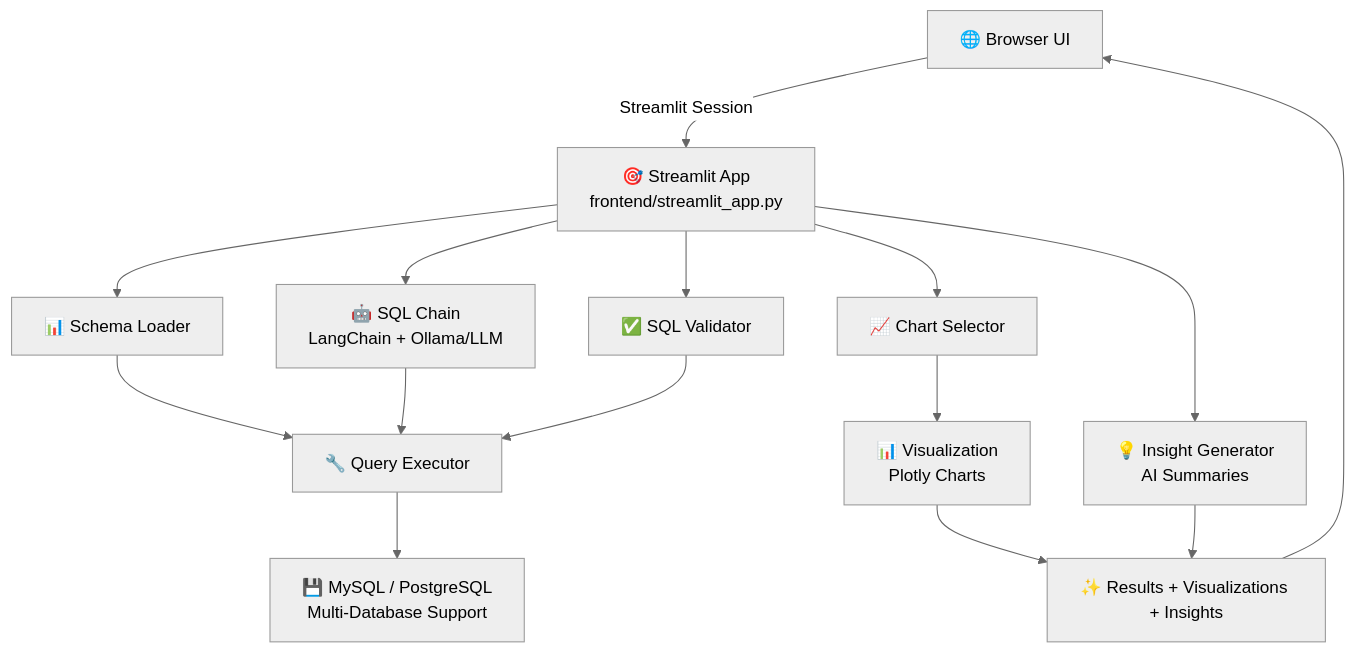
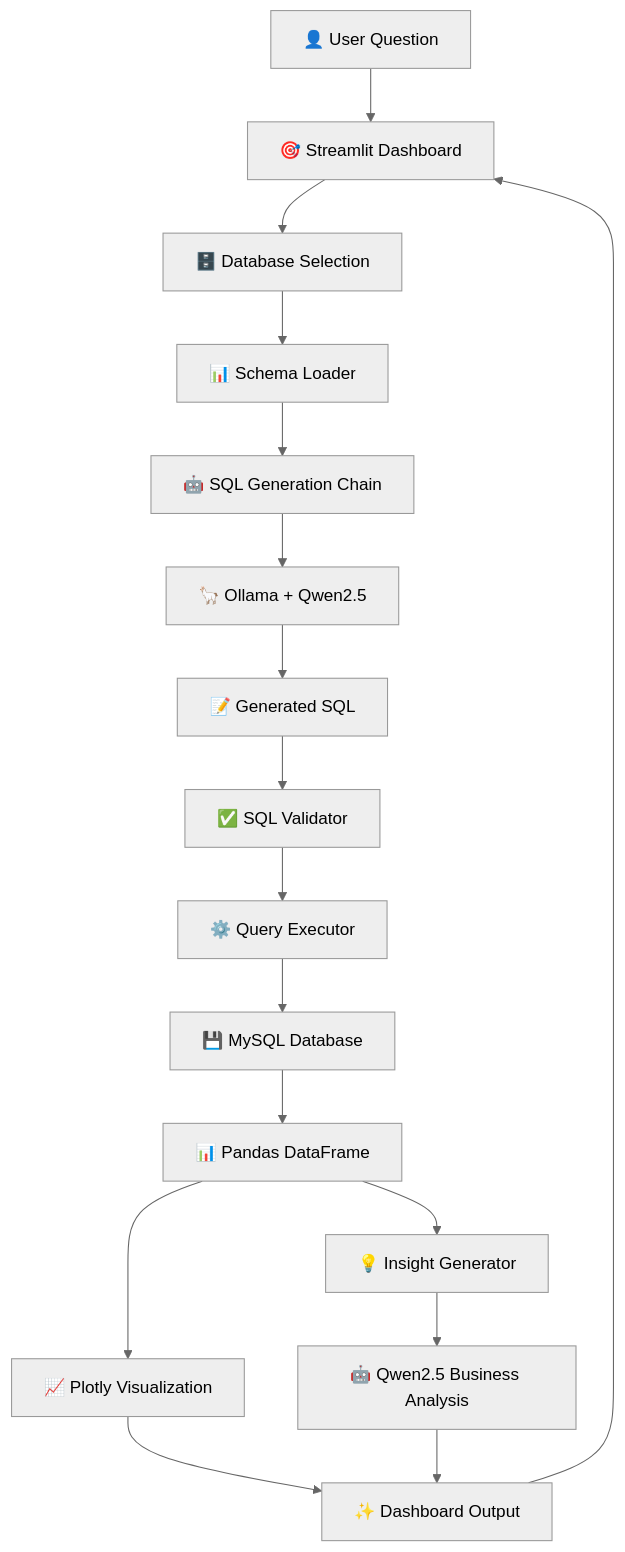
The first of 2 diagrams in README.md (kulsharma11/IntelliSQL-AI), drawn with Mermaid (neutral theme) before and after one commit. The commit also changed other lines of this file and 3 other files, not shown here.

````diff
--- a/README.md
+++ b/README.md
@@ -31,25 +43,30 @@
 ```mermaid
-graph TD
-    UI["🌐 Browser UI"]
-    
-    UI -->|Streamlit Session| STREAM["🎯 Streamlit App<br/>frontend/streamlit_app.py"]
-    
-    STREAM --> SL["📊 Schema Loader"]
-    STREAM --> SC["🤖 SQL Chain<br/>LangChain + Ollama/LLM"]
-    STREAM --> SV["✅ SQL Validator"]
-    
-    SL --> QE["🔧 Query Executor"]
-    SC --> QE
-    SV --> QE
-    
-    QE --> DATABASE["💾 MySQL / PostgreSQL<br/>Multi-Database Support"]
-    
-    STREAM --> CS["📈 Chart Selector"]
-    CS --> VIZ["📊 Visualization<br/>Plotly Charts"]
-    
-    STREAM --> IG["💡 Insight Generator<br/>AI Summaries"]
-    
-    VIZ --> OUTPUT["✨ Results + Visualizations + Insights"]
-    IG --> OUTPUT
-    OUTPUT --> UI
+flowchart TD
+
+    A["👤 User Question"] --> B["🎯 Streamlit Dashboard"]
+
+    B --> C["🗄️ Database Selection"]
+    C --> D["📊 Schema Loader"]
+
+    D --> E["🤖 SQL Generation Chain"]
+    E --> F["🦙 Ollama + Qwen2.5"]
+
+    F --> G["📝 Generated SQL"]
+
+    G --> H["✅ SQL Validator"]
+    H --> I["⚙️ Query Executor"]
+
+    I --> J["💾 MySQL Database"]
+
+    J --> K["📊 Pandas DataFrame"]
+
+    K --> L["📈 Plotly Visualization"]
+    K --> M["💡 Insight Generator"]
+
+    M --> N["🤖 Qwen2.5 Business Analysis"]
+
+    L --> O["✨ Dashboard Output"]
+    N --> O
+
+    O --> B
 ```
````
